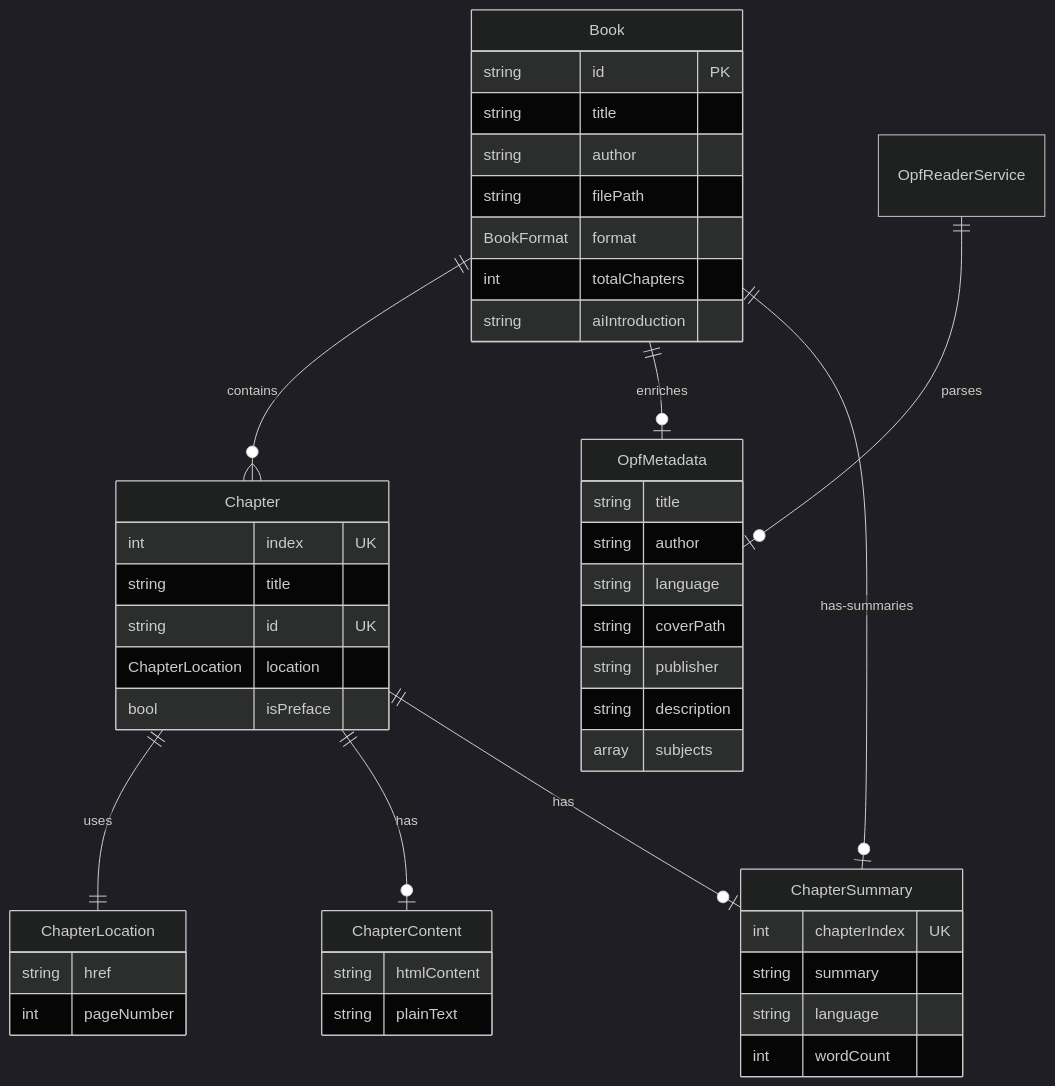
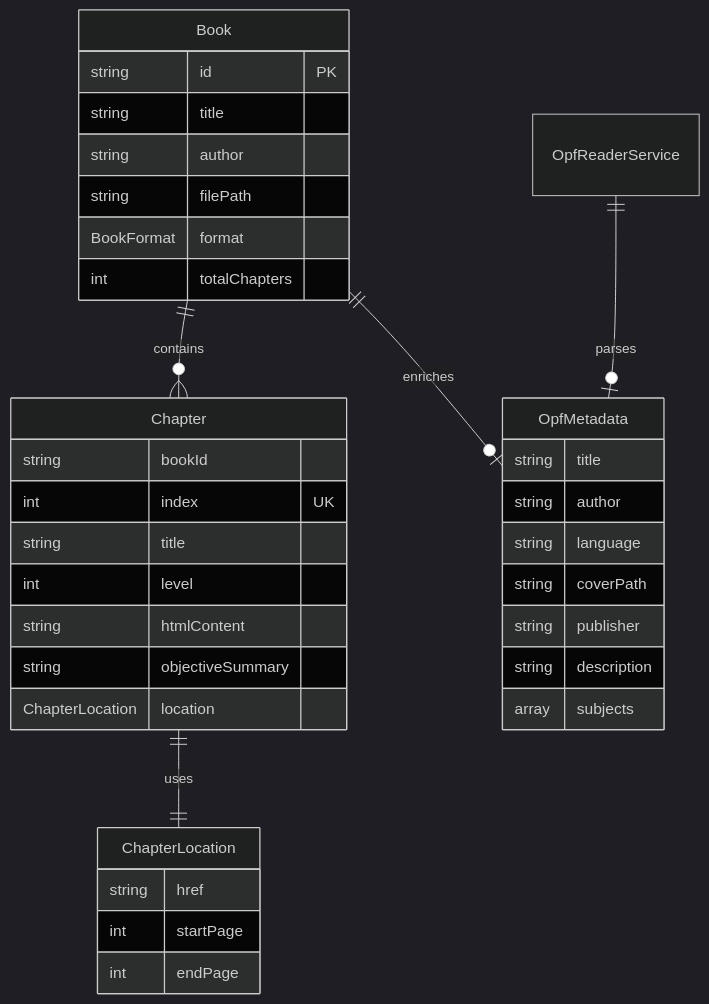
Before and after one commit to jjzhang2000/zhidu: diagram 11 of 11 in docs/function_call_relationships_visual.md, drawn with Mermaid (dark theme). The commit also changed other lines of this file and 18 other files, not shown here.

````diff
--- a/docs/function_call_relationships_visual.md
+++ b/docs/function_call_relationships_visual.md
@@ -525,55 +523,42 @@
 ```mermaid
 erDiagram
     Book ||--o{ Chapter : contains
     Book ||--o| OpfMetadata : enriches
-    Book ||--o| ChapterSummary : has-summaries
     Chapter ||--|| ChapterLocation : uses
-    Chapter ||--o| ChapterContent : has
-    Chapter ||--o| ChapterSummary : has
     OpfReaderService ||--o| OpfMetadata : parses
 
     Book {
         string id PK
         string title
         string author
         string filePath
         BookFormat format
         int totalChapters
-        string aiIntroduction
     }
 
     Chapter {
+        string bookId
         int index UK
         string title
-        string id UK
+        int level
+        string htmlContent
+        string objectiveSummary
         ChapterLocation location
-        bool isPreface
-    }
-
-    ChapterSummary {
-        int chapterIndex UK
-        string summary
-        string language
-        int wordCount
-    }
-
-    ChapterContent {
-        string htmlContent
-        string plainText
     }
 
     ChapterLocation {
         string href
-        int pageNumber
+        int startPage
+        int endPage
     }
 
     OpfMetadata {
         string title
         string author
         string language
         string coverPath
         string publisher
         string description
         array subjects
     }
 ```
````
